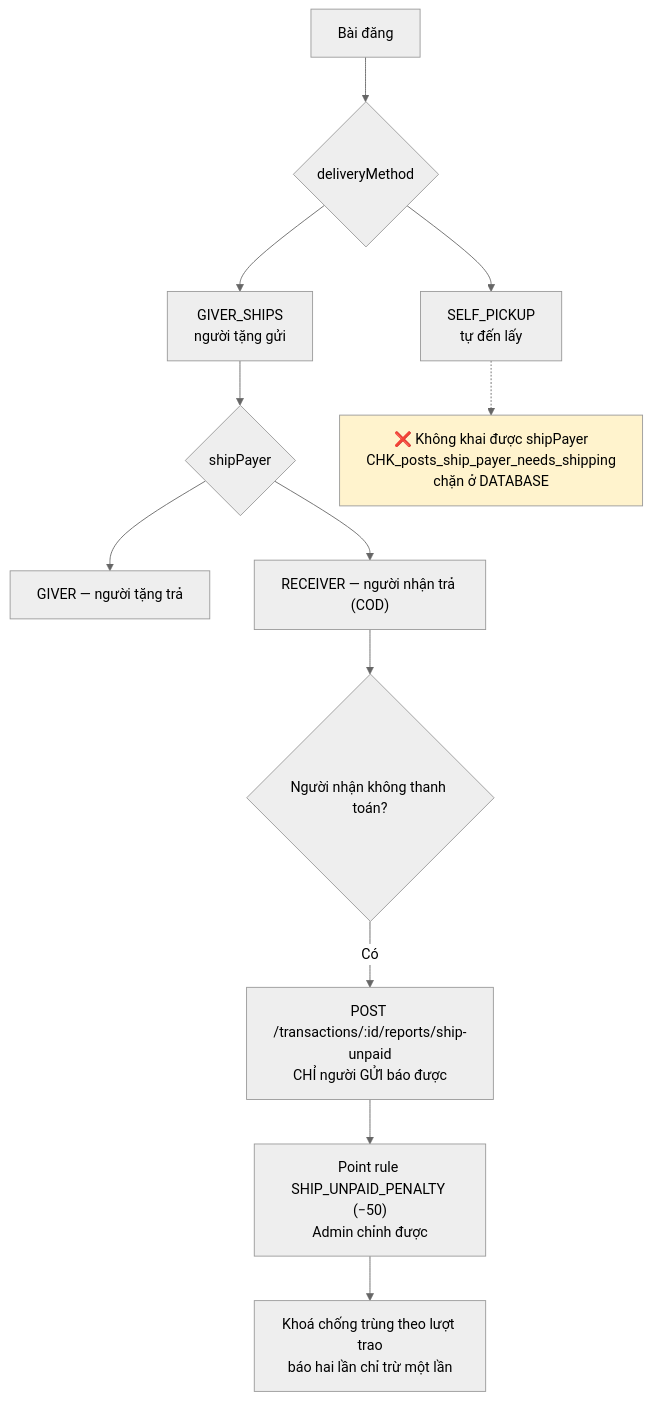
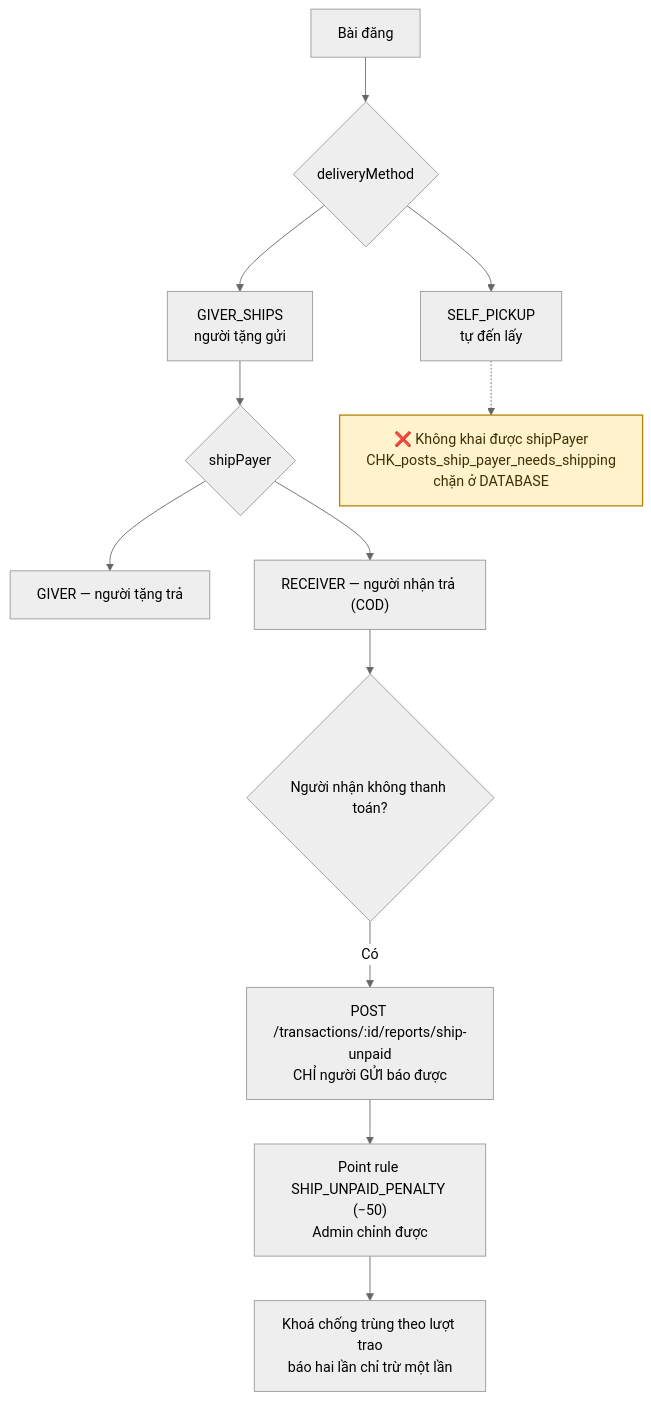
The sixth of 6 diagrams in docs/diagram/08-transaction.md (fdshn/trueheart), drawn with Mermaid (neutral theme) before and after one commit. The commit also changed other lines of this file and 30 other files, not shown here.

First line of the commit message:
docs(diagram): chữ trong khối tô màu đọc được ở cả giao diện sáng và tối

````diff
--- a/docs/diagram/08-transaction.md
+++ b/docs/diagram/08-transaction.md
@@ -139,18 +139,18 @@
 ```mermaid
 flowchart TD
     A[Bài đăng] --> B{deliveryMethod}
     B --> C["SELF_PICKUP<br/>tự đến lấy"]
     B --> D["GIVER_SHIPS<br/>người tặng gửi"]
     D --> E{shipPayer}
     E --> F["GIVER — người tặng trả"]
     E --> G["RECEIVER — người nhận trả (COD)"]
 
     C -.-> H["❌ Không khai được shipPayer<br/>CHK_posts_ship_payer_needs_shipping<br/>chặn ở DATABASE"]
 
     G --> I{Người nhận không thanh toán?}
     I -->|Có| J["POST /transactions/:id/reports/ship-unpaid<br/>CHỈ người GỬI báo được"]
     J --> K["Point rule SHIP_UNPAID_PENALTY (−50)<br/>Admin chỉnh được"]
     K --> L["Khoá chống trùng theo lượt trao<br/>báo hai lần chỉ trừ một lần"]
 
-    style H fill:#fff3cd
+    style H fill:#fff3cd,stroke:#b8860b,stroke-width:1.5px,color:#3d2f00
 ```
````
